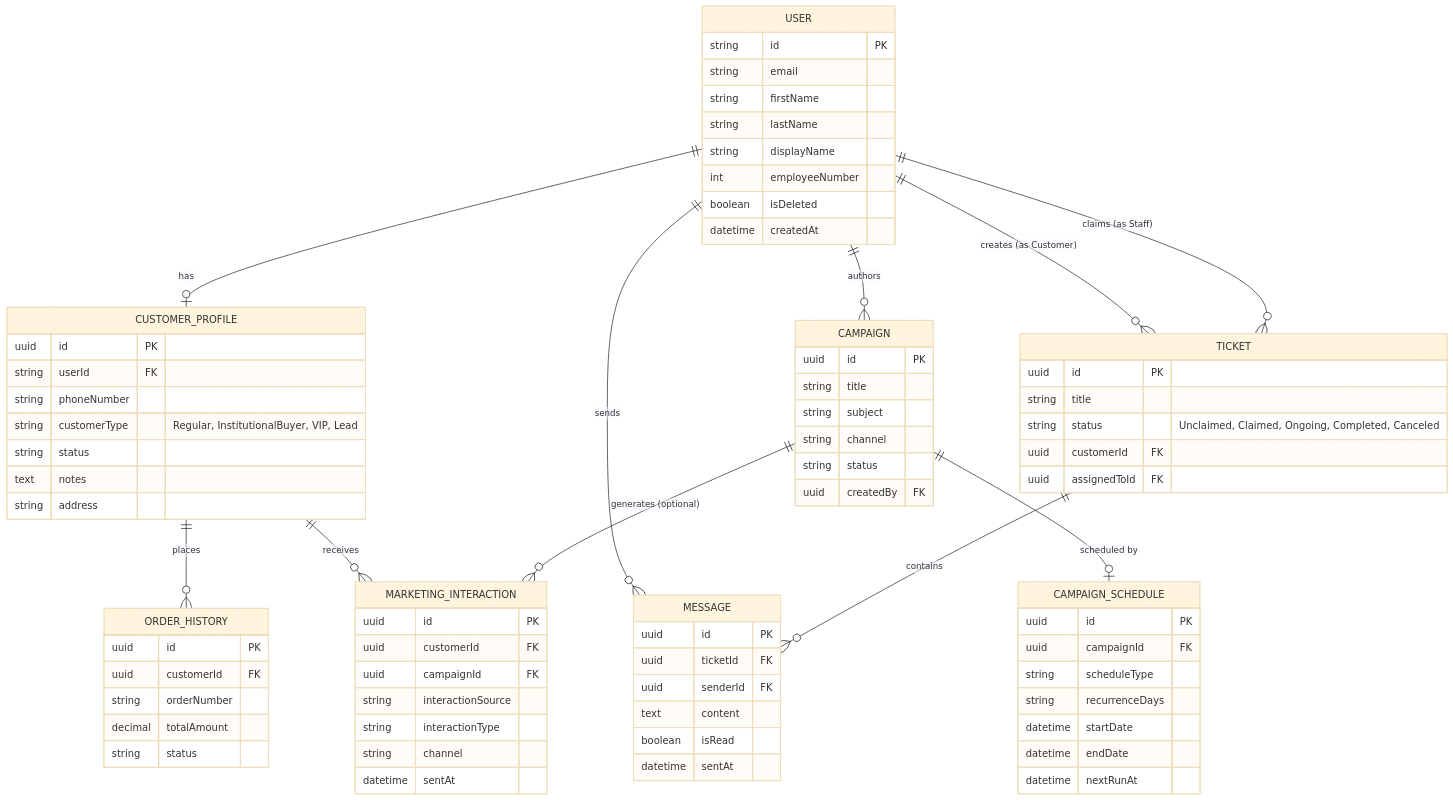
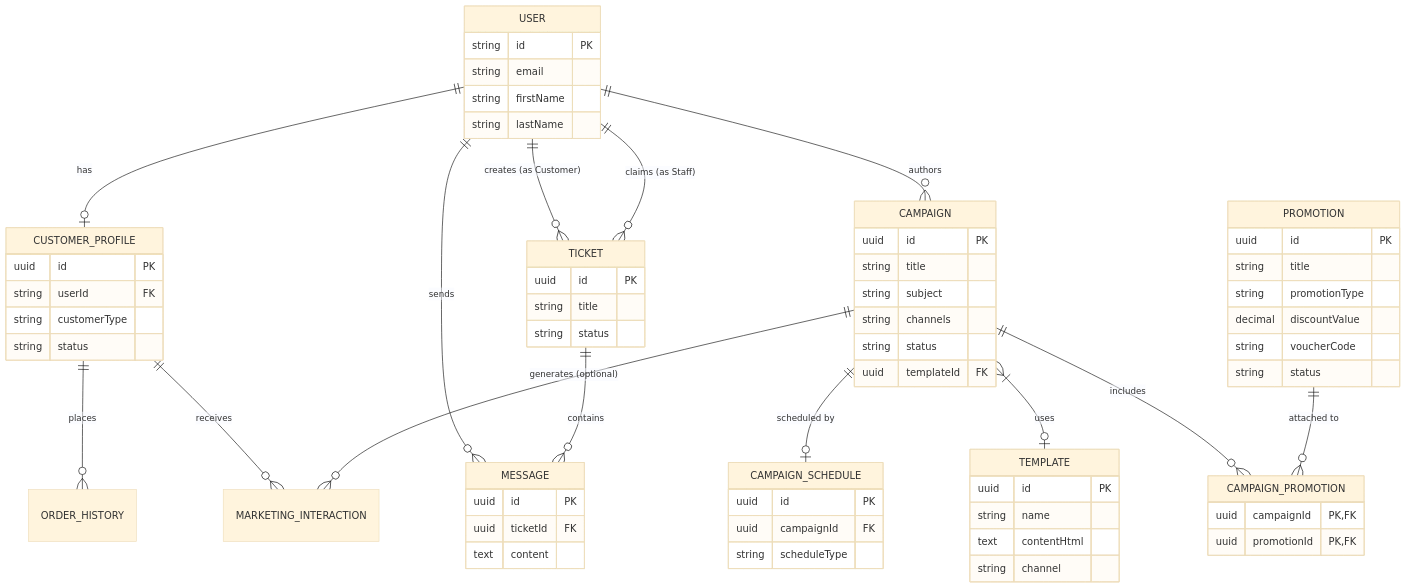
One commit to deveramartin/SentraCX changed the diagram in docs/architecture/crm-data-model.md. Above: the diagram before and after it, drawn with Mermaid (base theme). The commit also changed other lines of this file and 5 other files, not shown here.

Commit message:
docs: update crm-data-model (Promotion, CampaignPromotion, multi-channel), check off Sprint 2 backlog

````diff
--- a/docs/architecture/crm-data-model.md
+++ b/docs/architecture/crm-data-model.md
@@ -164,6 +147,9 @@
 
     CAMPAIGN ||--o| CAMPAIGN_SCHEDULE : "scheduled by"
     CAMPAIGN ||--o{ MARKETING_INTERACTION : "generates (optional)"
+    CAMPAIGN }|--o| TEMPLATE : "uses"
+    CAMPAIGN ||--o{ CAMPAIGN_PROMOTION : "includes"
+    PROMOTION ||--o{ CAMPAIGN_PROMOTION : "attached to"
 
     TICKET ||--o{ MESSAGE : "contains"
 
@@ -172,73 +158,60 @@
         string email
         string firstName
         string lastName
-        string displayName
-        int employeeNumber
-        boolean isDeleted
-        datetime createdAt
     }
 
     CUSTOMER_PROFILE {
         uuid id PK
         string userId FK
-        string phoneNumber
-        string customerType "Regular, InstitutionalBuyer, VIP, Lead"
+        string customerType
         string status
-        text notes
-        string address
     }
 
     CAMPAIGN {
         uuid id PK
         string title
         string subject
+        string channels
+        string status
+        uuid templateId FK
+    }
+
+    TEMPLATE {
+        uuid id PK
+        string name
+        text contentHtml
         string channel
+    }
+
+    PROMOTION {
+        uuid id PK
+        string title
+        string promotionType
+        decimal discountValue
+        string voucherCode
         string status
-        uuid createdBy FK
+    }
+
+    CAMPAIGN_PROMOTION {
+        uuid campaignId PK, FK
+        uuid promotionId PK, FK
     }
 
     CAMPAIGN_SCHEDULE {
         uuid id PK
         uuid campaignId FK
         string scheduleType
-        string recurrenceDays
-        datetime startDate
-        datetime endDate
-        datetime nextRunAt
-    }
-
-    MARKETING_INTERACTION {
-        uuid id PK
-        uuid customerId FK
-        uuid campaignId FK
-        string interactionSource
-        string interactionType
-        string channel
-        datetime sentAt
     }
 
     TICKET {
         uuid id PK
         string title
-        string status "Unclaimed, Claimed, Ongoing, Completed, Canceled"
-        uuid customerId FK
-        uuid assignedToId FK
+        string status
     }
 
     MESSAGE {
         uuid id PK
         uuid ticketId FK
-        uuid senderId FK
         text content
-        boolean isRead
-        datetime sentAt
-    }
-
-    ORDER_HISTORY {
-        uuid id PK
-        uuid customerId FK
-        string orderNumber
-        decimal totalAmount
-        string status
     }
 ```
````
